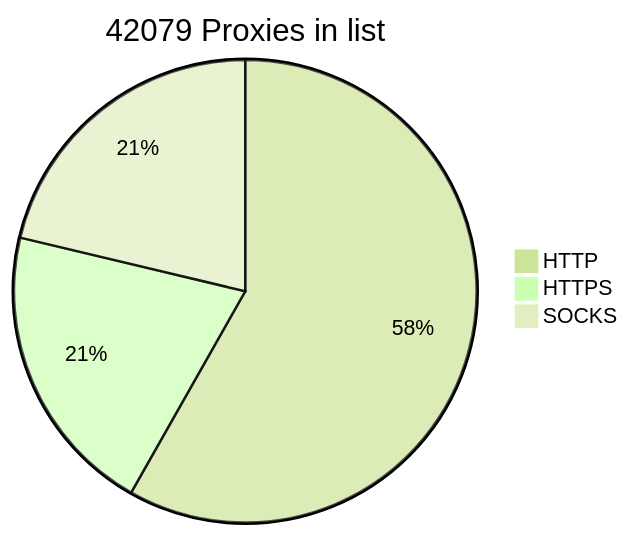
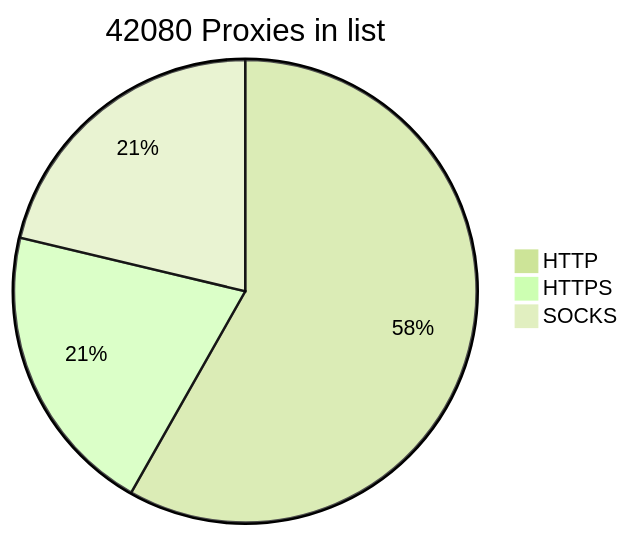
One commit to BlackSnowDot/proxylist-update-every-minute changed the diagram in README.md. Above: the diagram before and after it, drawn with Mermaid (forest theme).

````diff
--- a/README.md
+++ b/README.md
@@ -2,6 +2,6 @@
 ```mermaid
-pie title 42079 Proxies in list
+pie title 42080 Proxies in list
     "HTTP" : 28380
     "HTTPS": 10007
-    "SOCKS" : 10375
+    "SOCKS" : 10376
 ```
````
